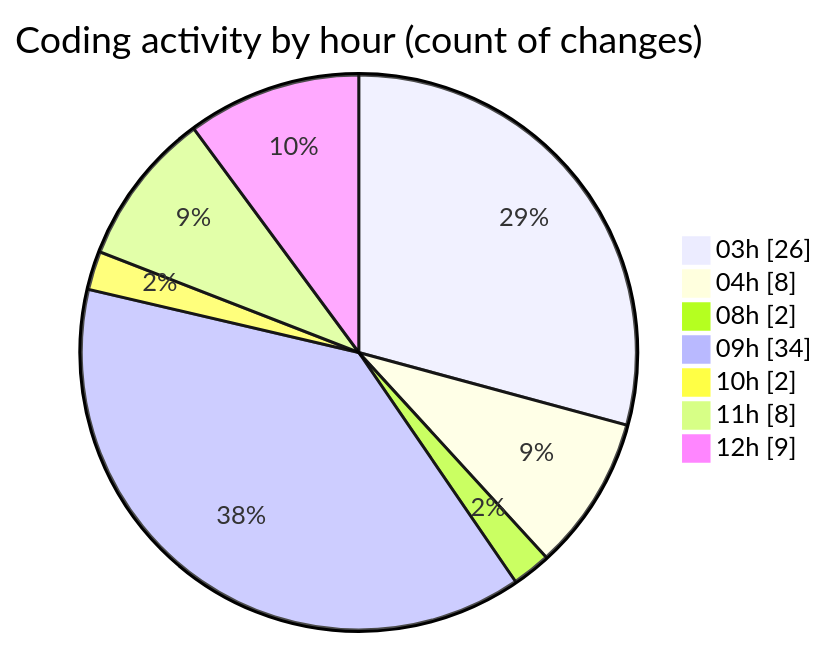
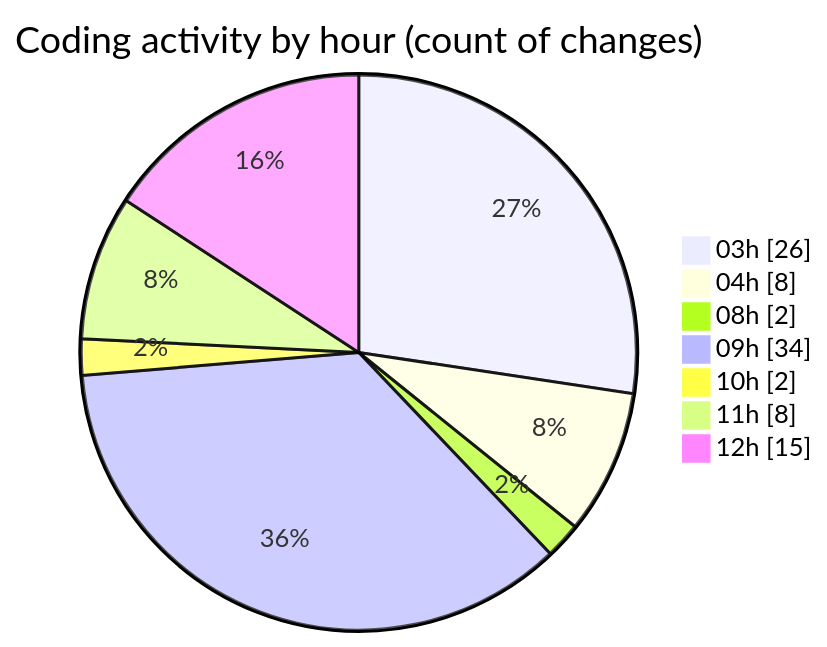
One commit to JenPaints/code-tracking changed the second of 2 diagrams in 2025-06-20/modeljsondesigner/README.md. Above: the diagram before and after it, drawn with Mermaid. The commit also changed other lines of this file and 1 other file, not shown here.

````diff
--- a/2025-06-20/modeljsondesigner/README.md
+++ b/2025-06-20/modeljsondesigner/README.md
@@ -55,11 +55,11 @@
 ```mermaid
 pie showData
 title Coding activity by hour (count of changes)
 "03h" : 26
 "04h" : 8
 "08h" : 2
 "09h" : 34
 "10h" : 2
 "11h" : 8
-"12h" : 9
+"12h" : 15
 ```
````
